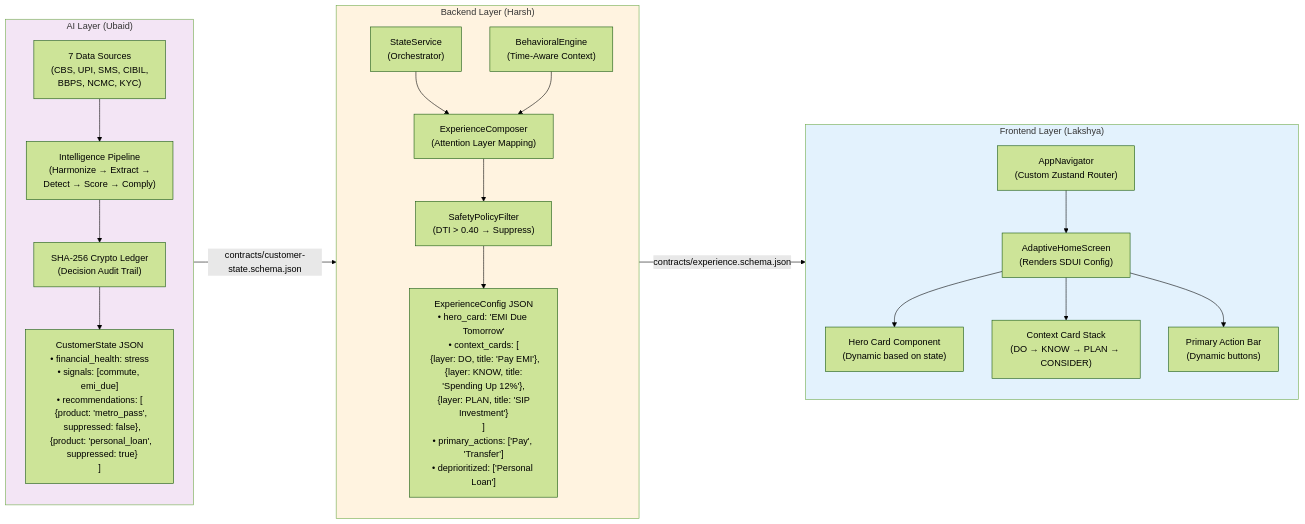
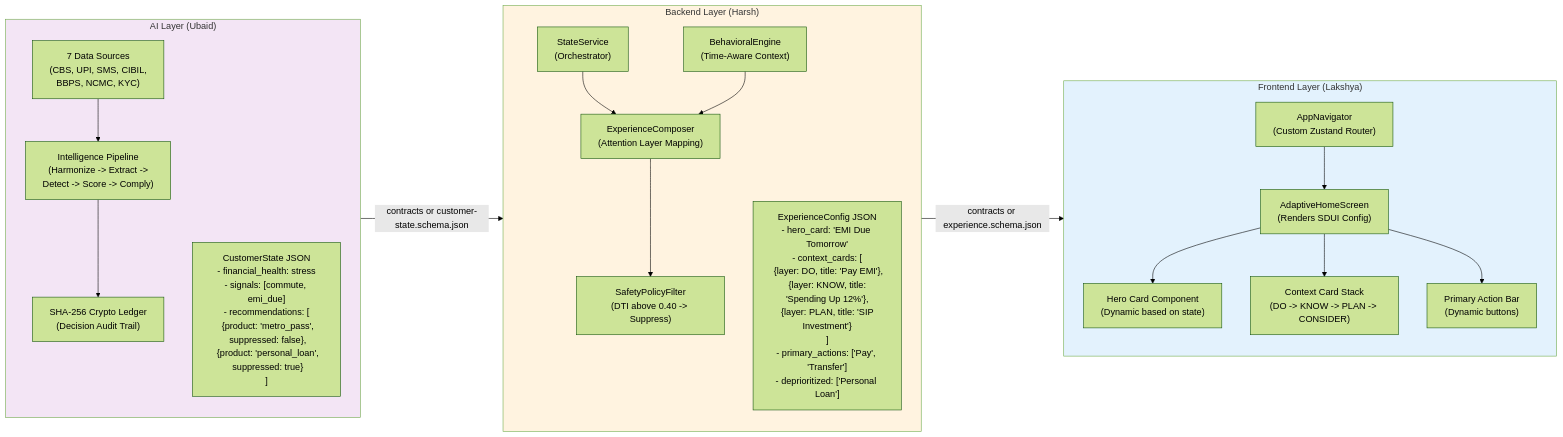
One commit to Neutron-0/ABC-Bank changed the second of 41 diagrams in README.md. Above: the diagram before and after it, drawn with Mermaid (forest theme). The commit also changed other lines of this file and 33 other files, not shown here.

````diff
--- a/README.md
+++ b/README.md
@@ -315,45 +343,47 @@
 ```mermaid
 flowchart LR
   subgraph AILayer["AI Layer (Ubaid)"]
     direction TB
-    DataSources["7 Data Sources\n(CBS, UPI, SMS, CIBIL,\nBBPS, NCMC, KYC)"]
-    Pipeline["Intelligence Pipeline\n(Harmonize → Extract →\nDetect → Score → Comply)"]
-    CryptoLog["SHA-256 Crypto Ledger\n(Decision Audit Trail)"]
-    CustomerState["CustomerState JSON\n• financial_health: stress\n• signals: [commute, emi_due]\n• recommendations: [\n {product: 'metro_pass',\n  suppressed: false},\n {product: 'personal_loan',\n  suppressed: true}\n]"]
+    DataSources["7 Data Sources<br/>(CBS, UPI, SMS, CIBIL,<br/>BBPS, NCMC, KYC)"]
+    Pipeline["Intelligence Pipeline<br/>(Harmonize -> Extract -> <br/>Detect -> Score -> Comply)"]
+    CryptoLog["SHA-256 Crypto Ledger<br/>(Decision Audit Trail)"]
+    CustomerState["CustomerState JSON<br/>- financial_health: stress<br/>- signals: [commute, emi_due]<br/>- recommendations: [<br/> {product: 'metro_pass',<br/> suppressed: false},<br/> {product: 'personal_loan',<br/> suppressed: true}<br/>]"]
     
-    DataSources --> Pipeline --> CryptoLog --> CustomerState
+    DataSources --> Pipeline
+ Pipeline --> CryptoLog
   end
 
   subgraph BackendLayer["Backend Layer (Harsh)"]
     direction TB
-    StateService2["StateService\n(Orchestrator)"]
-    Composer["ExperienceComposer\n(Attention Layer Mapping)"]
-    Safety["SafetyPolicyFilter\n(DTI > 0.40 → Suppress)"]
-    BehavEngine2["BehavioralEngine\n(Time-Aware Context)"]
-    ExperienceConfig["ExperienceConfig JSON\n• hero_card: 'EMI Due Tomorrow'\n• context_cards: [\n {layer: DO, title: 'Pay EMI'},\n {layer: KNOW, title: 'Spending Up 12%'},\n {layer: PLAN, title: 'SIP Investment'}\n]\n• primary_actions: ['Pay', 'Transfer']\n• deprioritized: ['Personal Loan']"]
+    StateService2["StateService<br/>(Orchestrator)"]
+    Composer["ExperienceComposer<br/>(Attention Layer Mapping)"]
+    Safety["SafetyPolicyFilter<br/>(DTI above 0.40 -> Suppress)"]
+    BehavEngine2["BehavioralEngine<br/>(Time-Aware Context)"]
+    ExperienceConfig["ExperienceConfig JSON<br/>- hero_card: 'EMI Due Tomorrow'<br/>- context_cards: [<br/> {layer: DO, title: 'Pay EMI'},<br/> {layer: KNOW, title: 'Spending Up 12%'},<br/> {layer: PLAN, title: 'SIP Investment'}<br/>]<br/>- primary_actions: ['Pay', 'Transfer']<br/>- deprioritized: ['Personal Loan']"]
     
-    StateService2 --> Composer --> Safety --> ExperienceConfig
+    StateService2 --> Composer
+ Composer --> Safety
     BehavEngine2 --> Composer
   end
 
   subgraph FrontendLayer["Frontend Layer (Lakshya)"]
     direction TB
-    AppNavigator["AppNavigator\n(Custom Zustand Router)"]
-    AdaptiveHome["AdaptiveHomeScreen\n(Renders SDUI Config)"]
-    HeroCard["Hero Card Component\n(Dynamic based on state)"]
-    ContextCards["Context Card Stack\n(DO → KNOW → PLAN → CONSIDER)"]
-    ActionBar["Primary Action Bar\n(Dynamic buttons)"]
+    AppNavigator["AppNavigator<br/>(Custom Zustand Router)"]
+    AdaptiveHome["AdaptiveHomeScreen<br/>(Renders SDUI Config)"]
+    HeroCard["Hero Card Component<br/>(Dynamic based on state)"]
+    ContextCards["Context Card Stack<br/>(DO -> KNOW -> PLAN -> CONSIDER)"]
+    ActionBar["Primary Action Bar<br/>(Dynamic buttons)"]
     
     AppNavigator --> AdaptiveHome
     AdaptiveHome --> HeroCard
     AdaptiveHome --> ContextCards
     AdaptiveHome --> ActionBar
   end
 
-  CustomerState -->|"contracts/customer-state.schema.json"| StateService2
-  ExperienceConfig -->|"contracts/experience.schema.json"| AppNavigator
+  CustomerState -->|contracts or customer-state.schema.json| StateService2
+  ExperienceConfig -->|contracts or experience.schema.json| AppNavigator
 
   style AILayer fill:#f3e5f5
   style BackendLayer fill:#fff3e0
   style FrontendLayer fill:#e3f2fd
 ```
````
